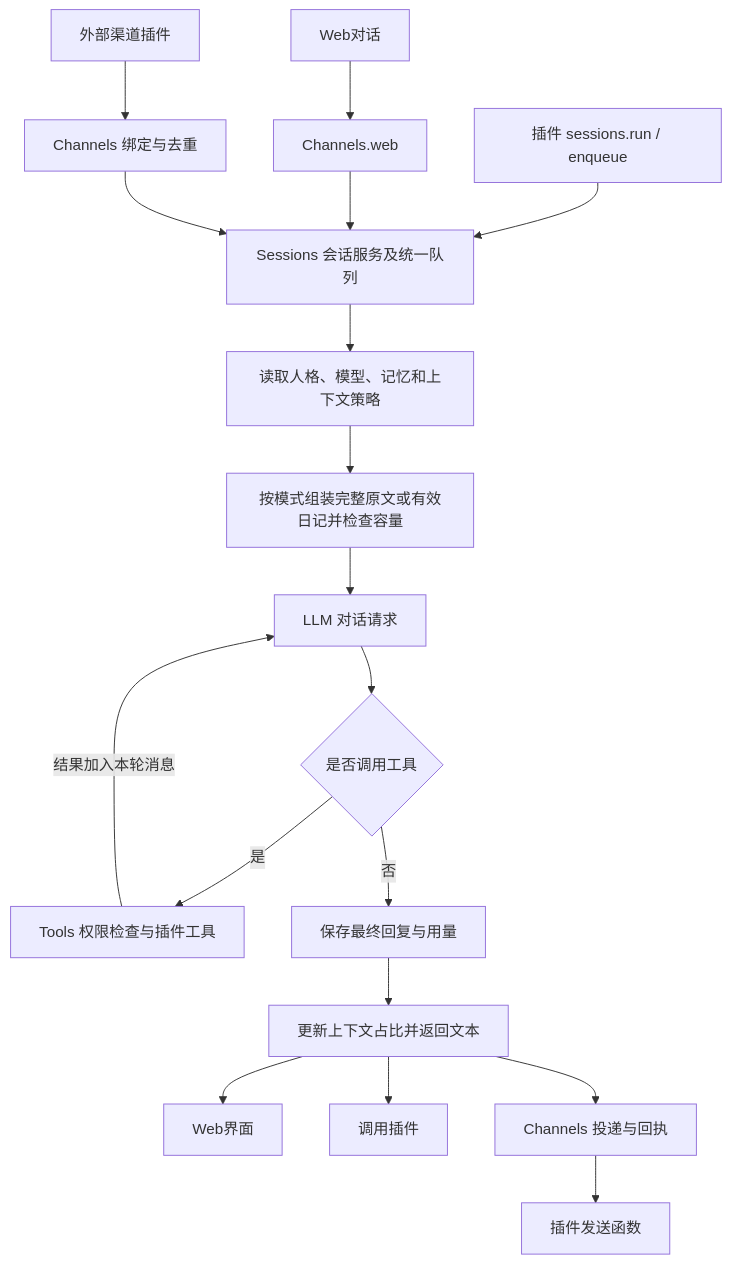
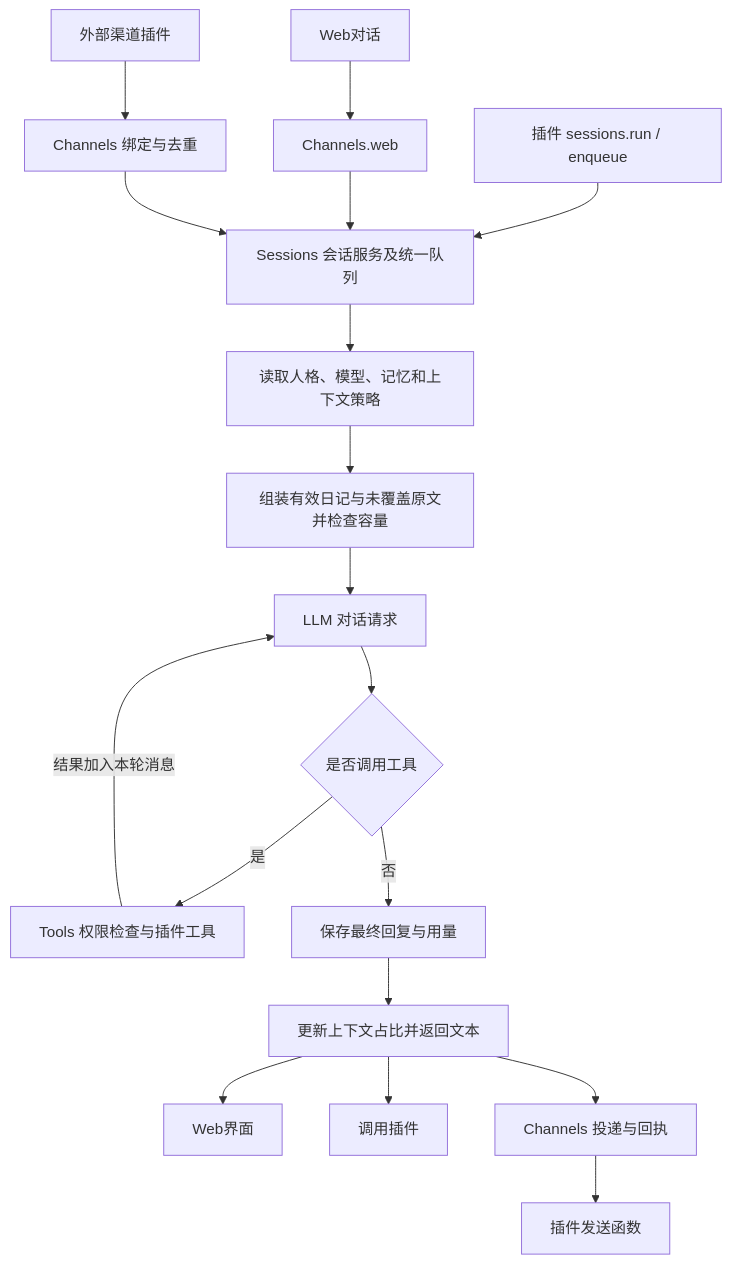
One commit to FelixTaXk/whalelife changed the diagram in architecture/STATUS.md. Above: the diagram before and after it, drawn with Mermaid. The commit also changed other lines of this file and 15 other files, not shown here.

```diff
--- a/architecture/STATUS.md
+++ b/architecture/STATUS.md
@@ -146,20 +146,20 @@
 ~~~mermaid
 flowchart TD
   W[Web对话] --> CW[Channels.web]
   P[插件 sessions.run / enqueue] --> S[Sessions 会话服务及统一队列]
   E[外部渠道插件] --> C[Channels 绑定与去重]
   CW --> S
   C --> S
   S --> A[读取人格、模型、记忆和上下文策略]
-  A --> M[按模式组装完整原文或有效日记并检查容量]
+  A --> M[组装有效日记与未覆盖原文并检查容量]
   M --> L[LLM 对话请求]
   L --> Q{是否调用工具}
   Q -->|是| T[Tools 权限检查与插件工具]
   T -->|结果加入本轮消息| L
   Q -->|否| R[保存最终回复与用量]
   R --> O[更新上下文占比并返回文本]
   O --> UI[Web界面]
   O --> PR[调用插件]
   O --> CP[Channels 投递与回执]
   CP --> D[插件发送函数]
 ~~~
```
